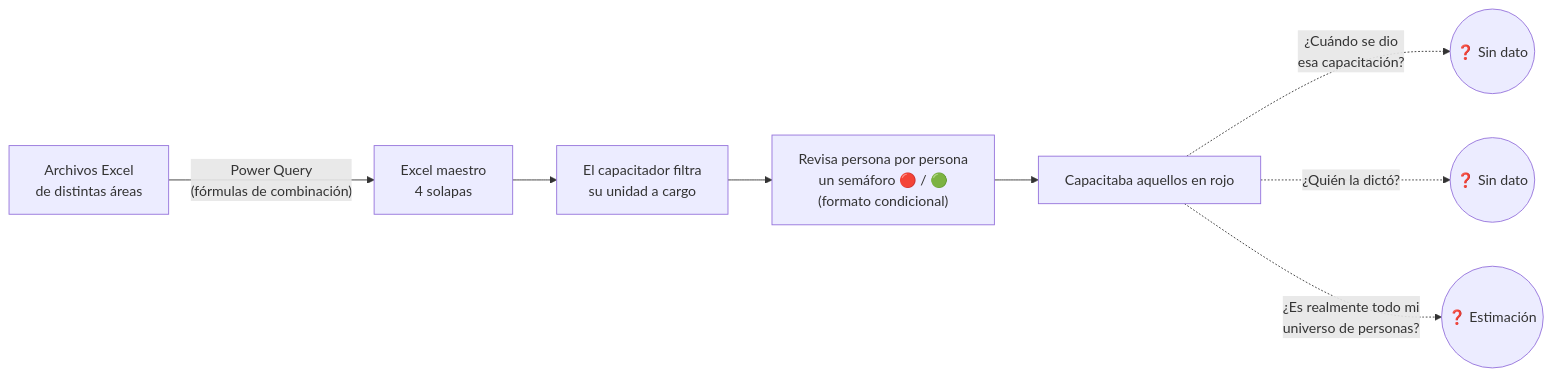
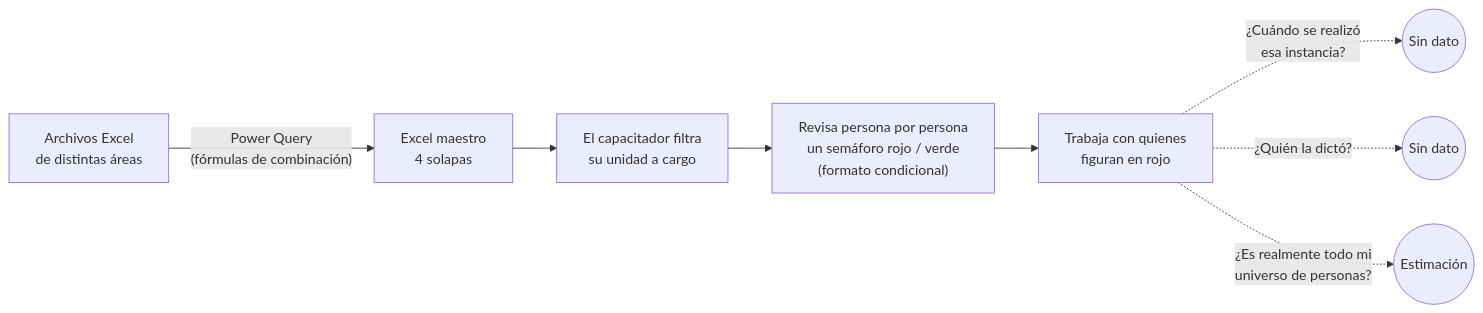
The first of 5 diagrams in charla-5-min/README.md (jminolli-e/case-studies), drawn with Mermaid before and after one commit. The commit also changed other lines of this file, not shown here.

````diff
--- a/charla-5-min/README.md
+++ b/charla-5-min/README.md
@@ -19,10 +19,10 @@
 ```mermaid
 flowchart LR
     A["Archivos Excel<br/>de distintas áreas"] -->|"Power Query<br/>(fórmulas de combinación)"| B["Excel maestro<br/>4 solapas"]
     B --> C["El capacitador filtra<br/>su unidad a cargo"]
-    C --> D["Revisa persona por persona<br/>un semáforo 🔴 / 🟢<br/>(formato condicional)"]
-    D --> E["Capacitaba aquellos en rojo"]
-    E -.->|"¿Cuándo se dio<br/>esa capacitación?"| Q1(("❓ Sin dato"))
-    E -.->|"¿Quién la dictó?"| Q2(("❓ Sin dato"))
-    E -.->|"¿Es realmente todo mi<br/>universo de personas?"| Q3(("❓ Estimación"))
+    C --> D["Revisa persona por persona<br/>un semáforo rojo / verde<br/>(formato condicional)"]
+    D --> E["Trabaja con quienes<br/>figuran en rojo"]
+    E -.->|"¿Cuándo se realizó<br/>esa instancia?"| Q1(("Sin dato"))
+    E -.->|"¿Quién la dictó?"| Q2(("Sin dato"))
+    E -.->|"¿Es realmente todo mi<br/>universo de personas?"| Q3(("Estimación"))
 ```
````
